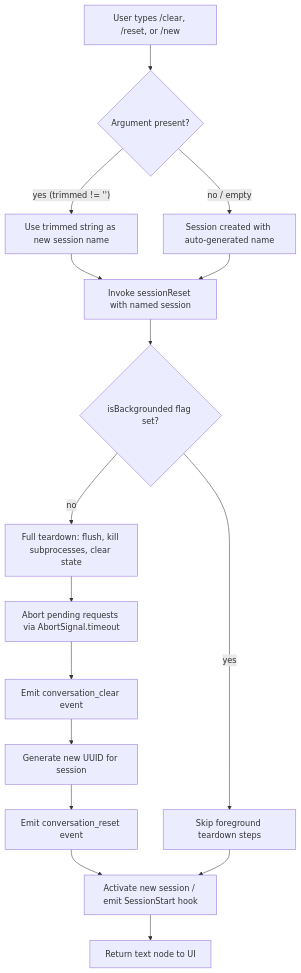
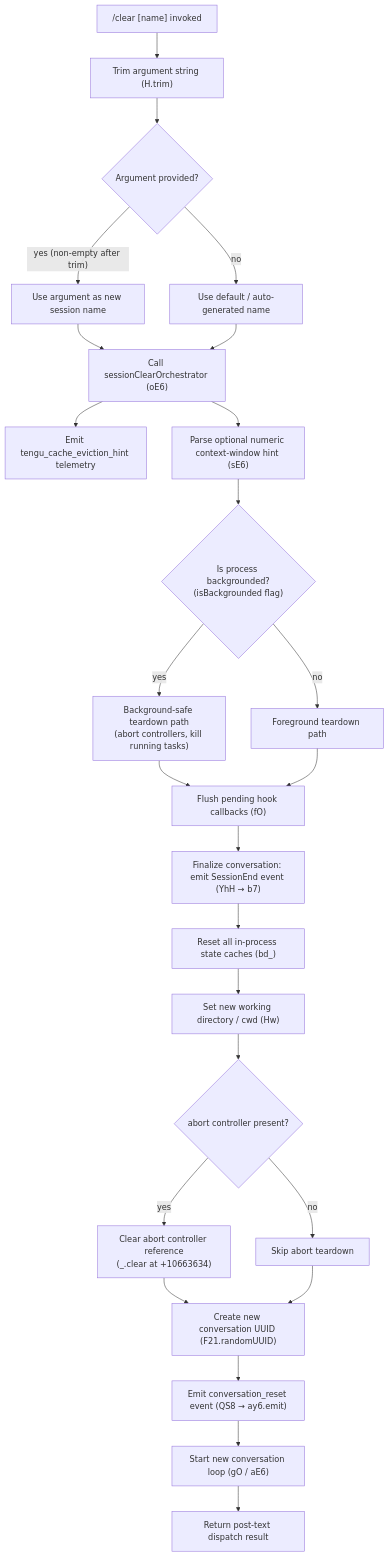
One commit to MyLittleLuckyDog/cc-gnothi changed the diagram in versions/v2.1.150/clear.md. Above: the diagram before and after it, drawn with Mermaid. The commit also changed other lines of this file and 496 other files, not shown here.

````diff
--- a/versions/v2.1.150/clear.md
+++ b/versions/v2.1.150/clear.md
@@ -54,18 +58,27 @@
 ```mermaid
 flowchart TD
-    A[User types /clear, /reset, or /new] --> B{Argument present?}
-    B -- "yes (trimmed != '')" --> C[Use trimmed string as new session name]
-    B -- "no / empty" --> D[Session created with auto-generated name]
-    C --> E[Invoke sessionReset with named session]
-    D --> E
-    E --> F{isBackgrounded flag set?}
-    F -- "yes" --> G[Skip foreground teardown steps]
-    F -- "no" --> H[Full teardown: flush, kill subprocesses, clear state]
-    H --> I[Abort pending requests via AbortSignal.timeout]
-    I --> J[Emit conversation_clear event]
-    J --> K[Generate new UUID for session]
-    K --> L[Emit conversation_reset event]
-    L --> M[Activate new session / emit SessionStart hook]
-    G --> M
-    M --> N[Return text node to UI]
+    A["/clear [name] invoked"] --> B["Trim argument string (H.trim)"]
+    B --> C{Argument provided?}
+    C -- "yes (non-empty after trim)" --> D["Use argument as new session name"]
+    C -- "no" --> E["Use default / auto-generated name"]
+    D --> F["Call sessionClearOrchestrator (oE6)"]
+    E --> F
+    F --> G["Emit tengu_cache_eviction_hint telemetry"]
+    F --> H2["Parse optional numeric context-window hint (sE6)"]
+    H2 --> I{"Is process backgrounded?\n(isBackgrounded flag)"}
+    I -- "yes" --> J["Background-safe teardown path\n(abort controllers, kill running tasks)"]
+    I -- "no" --> K["Foreground teardown path"]
+    J --> L["Flush pending hook callbacks (fO)"]
+    K --> L
+    L --> M["Finalize conversation: emit SessionEnd event (YhH → b7)"]
+    M --> N["Reset all in-process state caches (bd_)"]
+    N --> O["Set new working directory / cwd (Hw)"]
+    O --> P{"abort controller present?"}
+    P -- "yes" --> Q["Clear abort controller reference\n(_.clear at +10663634)"]
+    P -- "no" --> R["Skip abort teardown"]
+    Q --> S["Create new conversation UUID (F21.randomUUID)"]
+    R --> S
+    S --> T["Emit conversation_reset event (QS8 → ay6.emit)"]
+    T --> U["Start new conversation loop (gO / aE6)"]
+    U --> V["Return post-text dispatch result"]
 ```
````
